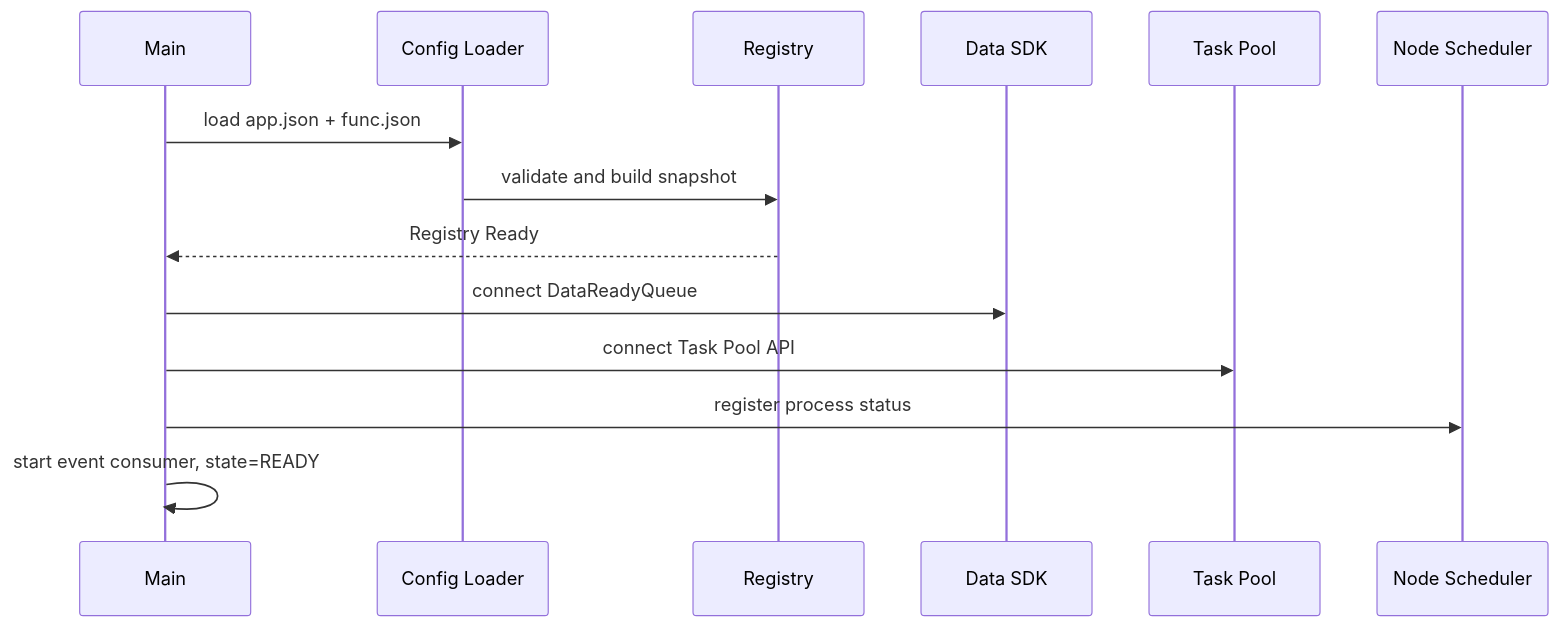
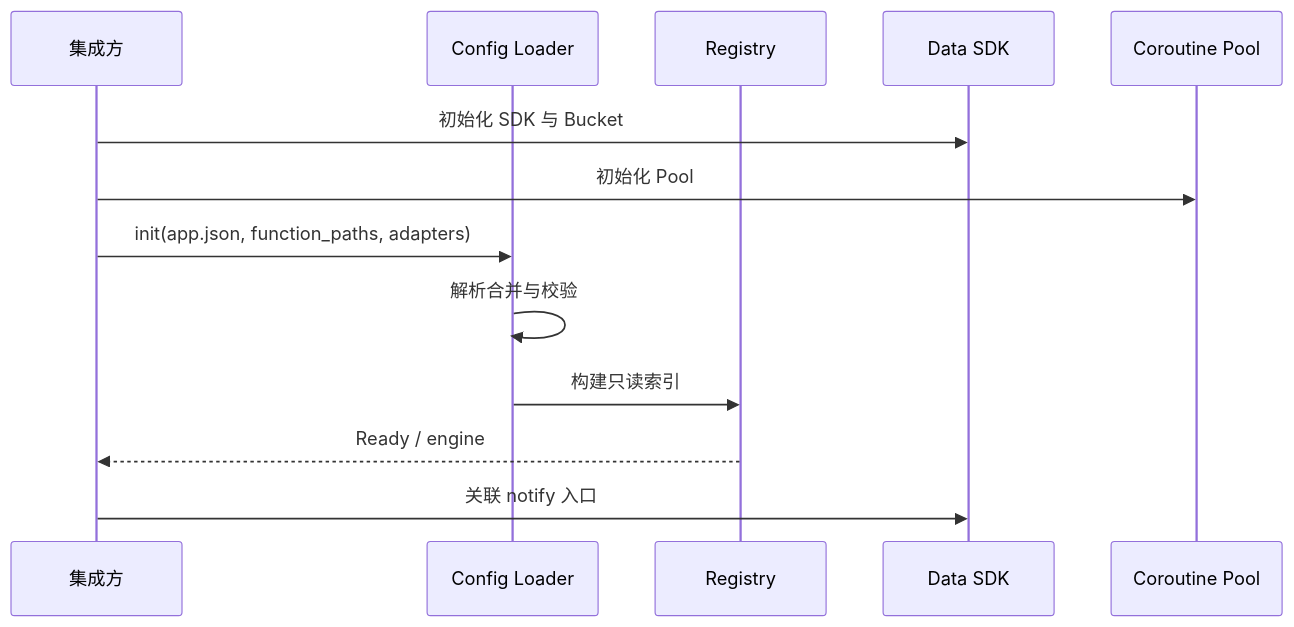
The first of 5 diagrams in docs/03-接口与协作设计.md (10wvw01/Pheromone-mini), drawn with Mermaid before and after one commit. The commit also changed other lines of this file and 18 other files, not shown here.

First line of the commit message:
docs: V0.4 single-process scheduler design

````diff
--- a/docs/03-接口与协作设计.md
+++ b/docs/03-接口与协作设计.md
@@ -197,16 +161,15 @@
 ```mermaid
 sequenceDiagram
-    participant Main
-    participant Config as Config Loader
-    participant Reg as Registry
-    participant DS as Data SDK
-    participant Pool as Task Pool
-    participant NS as Node Scheduler
-    Main->>Config: load app.json + func.json
-    Config->>Reg: validate and build snapshot
-    Reg-->>Main: Registry Ready
-    Main->>DS: connect DataReadyQueue
-    Main->>Pool: connect Task Pool API
-    Main->>NS: register process status
-    Main->>Main: start event consumer, state=READY
+    participant S as 集成方
+    participant C as Config Loader
+    participant R as Registry
+    participant D as Data SDK
+    participant P as Coroutine Pool
+    S->>D: 初始化 SDK 与 Bucket
+    S->>P: 初始化 Pool
+    S->>C: init(app.json, function_paths, adapters)
+    C->>C: 解析合并与校验
+    C->>R: 构建只读索引
+    R-->>S: Ready / engine
+    S->>D: 关联 notify 入口
 ```
````
